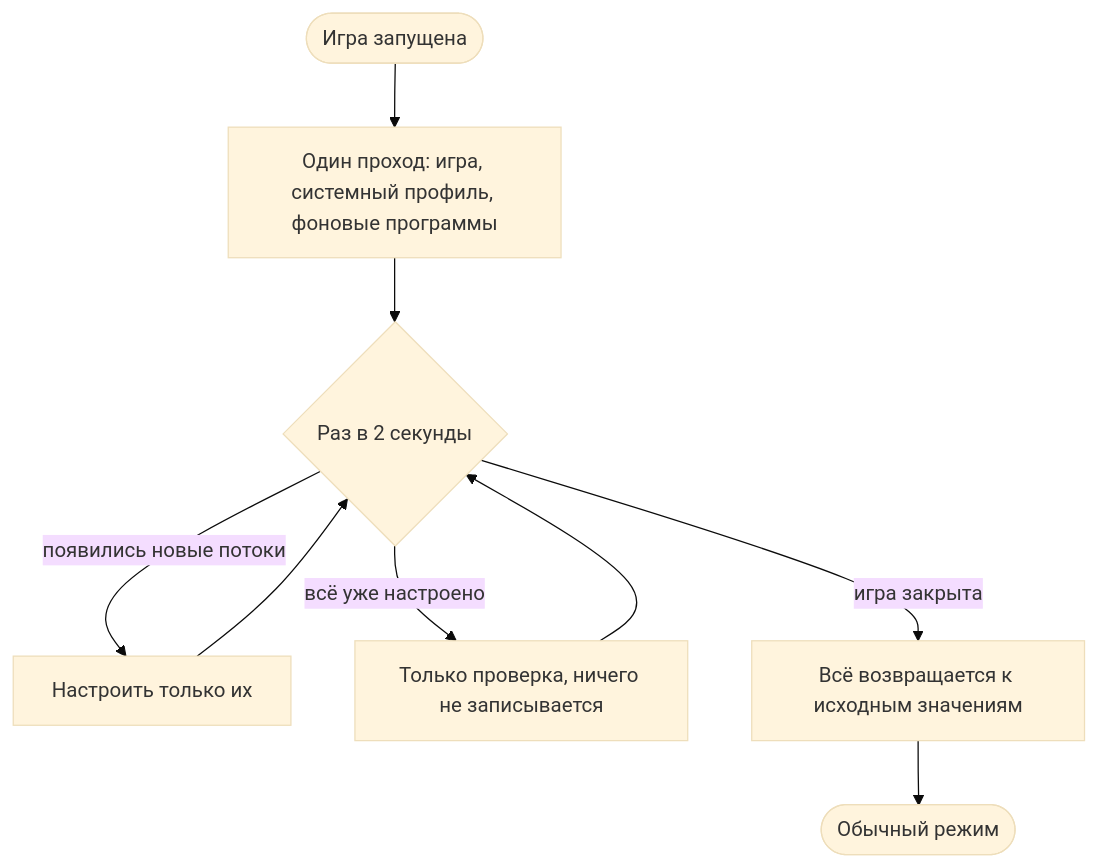
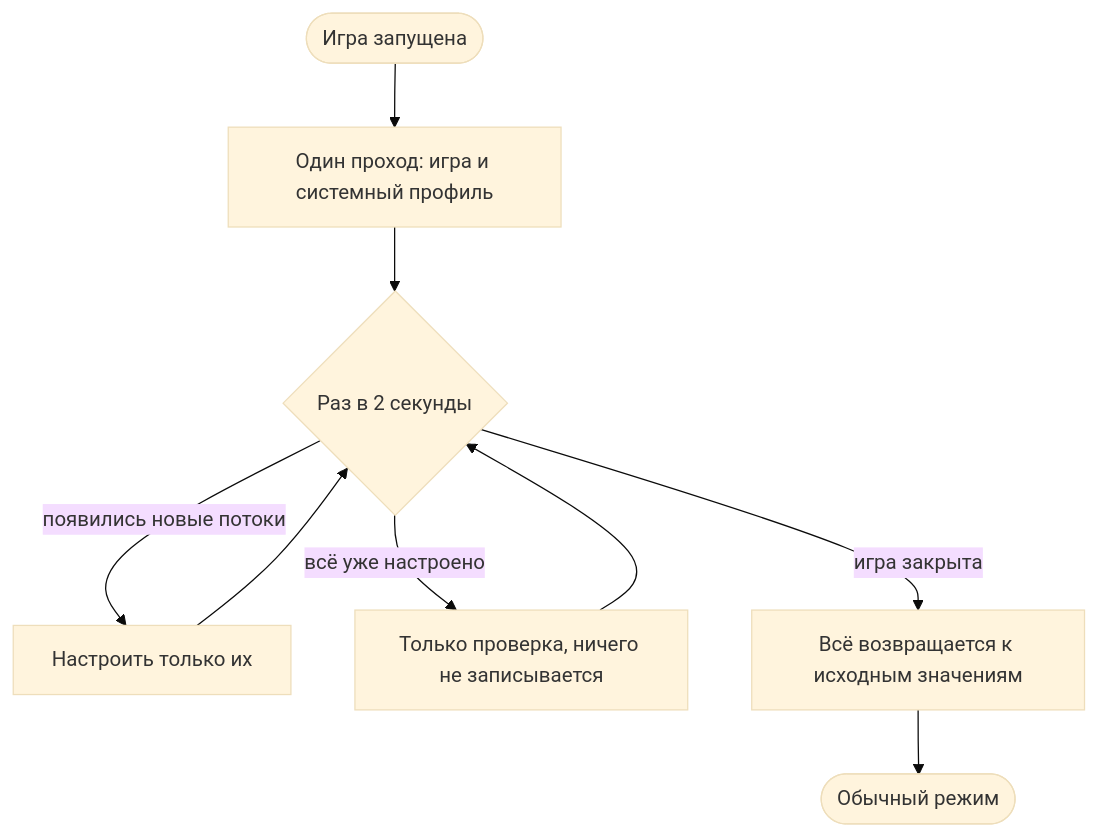
Before and after one commit to mitzuLLC/mitzuLLC-grobyq: the third of 4 diagrams in docs/grobyq-4.0-README.md, drawn with Mermaid (base theme). The commit also changed other lines of this file and 16 other files, not shown here.

````diff
--- a/docs/grobyq-4.0-README.md
+++ b/docs/grobyq-4.0-README.md
@@ -94,11 +103,11 @@
 ```mermaid
 flowchart TD
-    A(["Игра запущена"]) --> B["Один проход: игра, системный профиль, фоновые программы"]
+    A(["Игра запущена"]) --> B["Один проход: игра и системный профиль"]
     B --> C{"Раз в 2 секунды"}
     C -->|появились новые потоки| D["Настроить только их"]
     C -->|всё уже настроено| E["Только проверка, ничего не записывается"]
     D --> C
     E --> C
     C -->|игра закрыта| F["Всё возвращается к исходным значениям"]
     F --> G(["Обычный режим"])
 ```
````
